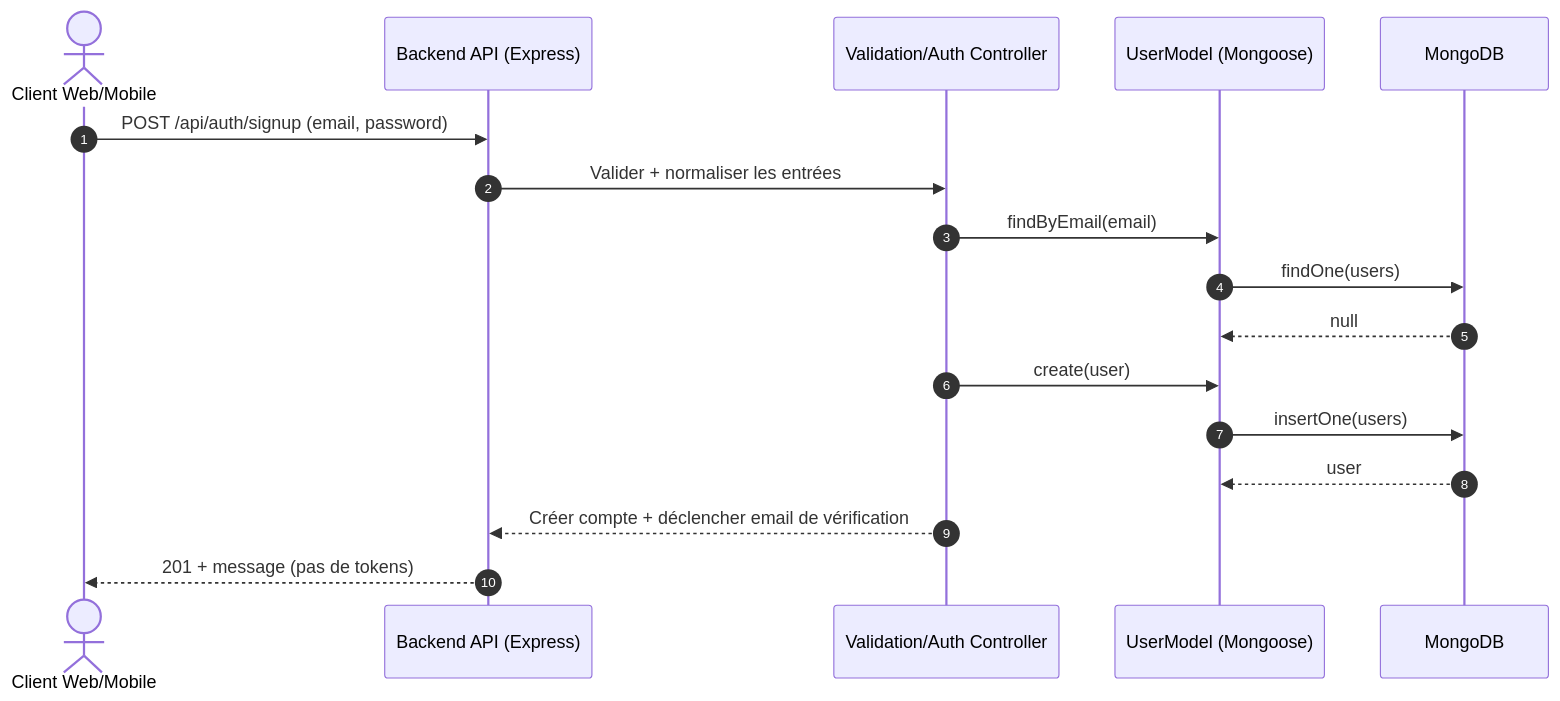
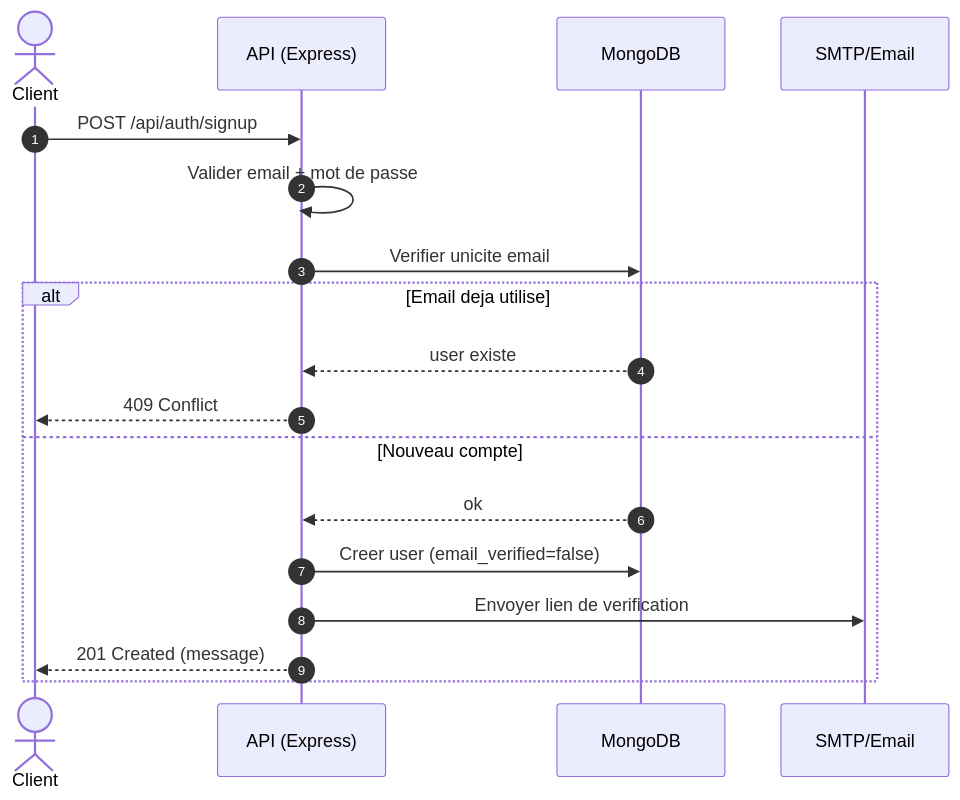
One commit to Elie224/SUPFile changed the third of 5 diagrams in docs/DIAGRAMMES_UML.md. Above: the diagram before and after it, drawn with Mermaid. The commit also changed other lines of this file, not shown here.

Commit message:
docs: simplify sequence diagrams

````diff
--- a/docs/DIAGRAMMES_UML.md
+++ b/docs/DIAGRAMMES_UML.md
@@ -200,20 +200,21 @@
 ```mermaid
 sequenceDiagram
     autonumber
-    actor Client as Client Web/Mobile
-    participant API as Backend API (Express)
-    participant Auth as Validation/Auth Controller
-    participant Users as UserModel (Mongoose)
+    actor Client as Client
+    participant API as API (Express)
     participant DB as MongoDB
+    participant Mail as SMTP/Email
 
-    Client->>API: POST /api/auth/signup (email, password)
-    API->>Auth: Valider + normaliser les entrées
-    Auth->>Users: findByEmail(email)
-    Users->>DB: findOne(users)
-    DB-->>Users: null
-    Auth->>Users: create(user)
-    Users->>DB: insertOne(users)
-    DB-->>Users: user
-    Auth-->>API: Créer compte + déclencher email de vérification
-    API-->>Client: 201 + message (pas de tokens)
+    Client->>API: POST /api/auth/signup
+    API->>API: Valider email + mot de passe
+    API->>DB: Verifier unicite email
+    alt Email deja utilise
+        DB-->>API: user existe
+        API-->>Client: 409 Conflict
+    else Nouveau compte
+        DB-->>API: ok
+        API->>DB: Creer user (email_verified=false)
+        API->>Mail: Envoyer lien de verification
+        API-->>Client: 201 Created (message)
+    end
 ```
````
